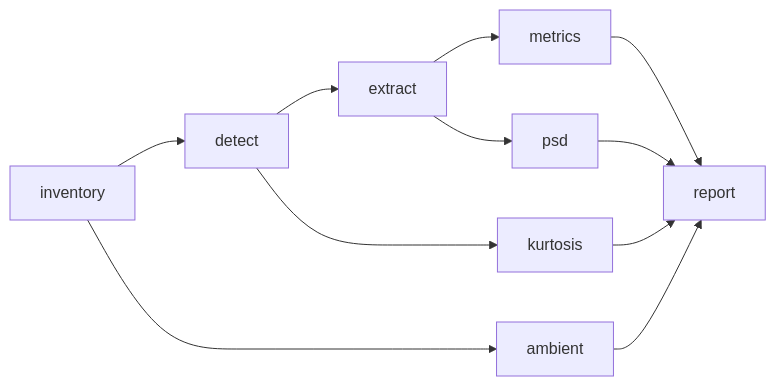
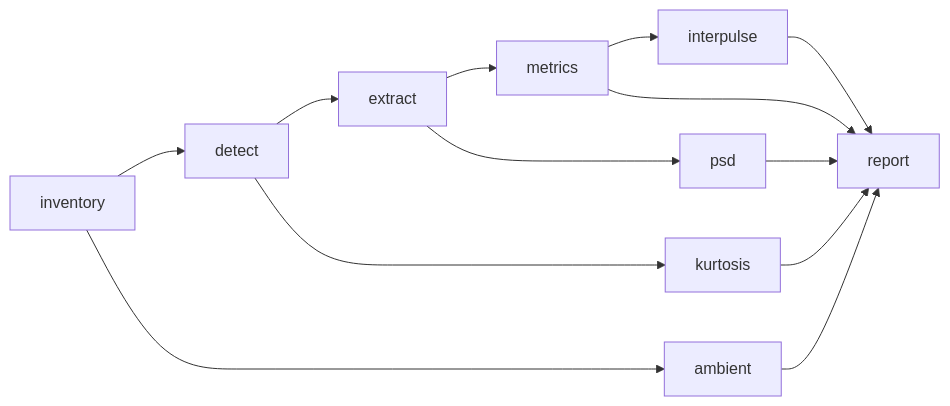
Before and after one commit to NeptuneProjects/RODEO-II_Construction-Soundscape: the diagram in README.md, drawn with Mermaid. The commit also changed other lines of this file and 7 other files, not shown here.

````diff
--- a/README.md
+++ b/README.md
@@ -20,11 +20,13 @@
 ```mermaid
 graph LR
    A[inventory] --> B[detect] --> C[extract] --> D[metrics]
    C --> E[psd]
    A --> F[ambient]
    B --> H[kurtosis]
+   D --> I[interpulse]
    D --> G[report]
    E --> G
    F --> G
    H --> G
+   I --> G
 ```
````
